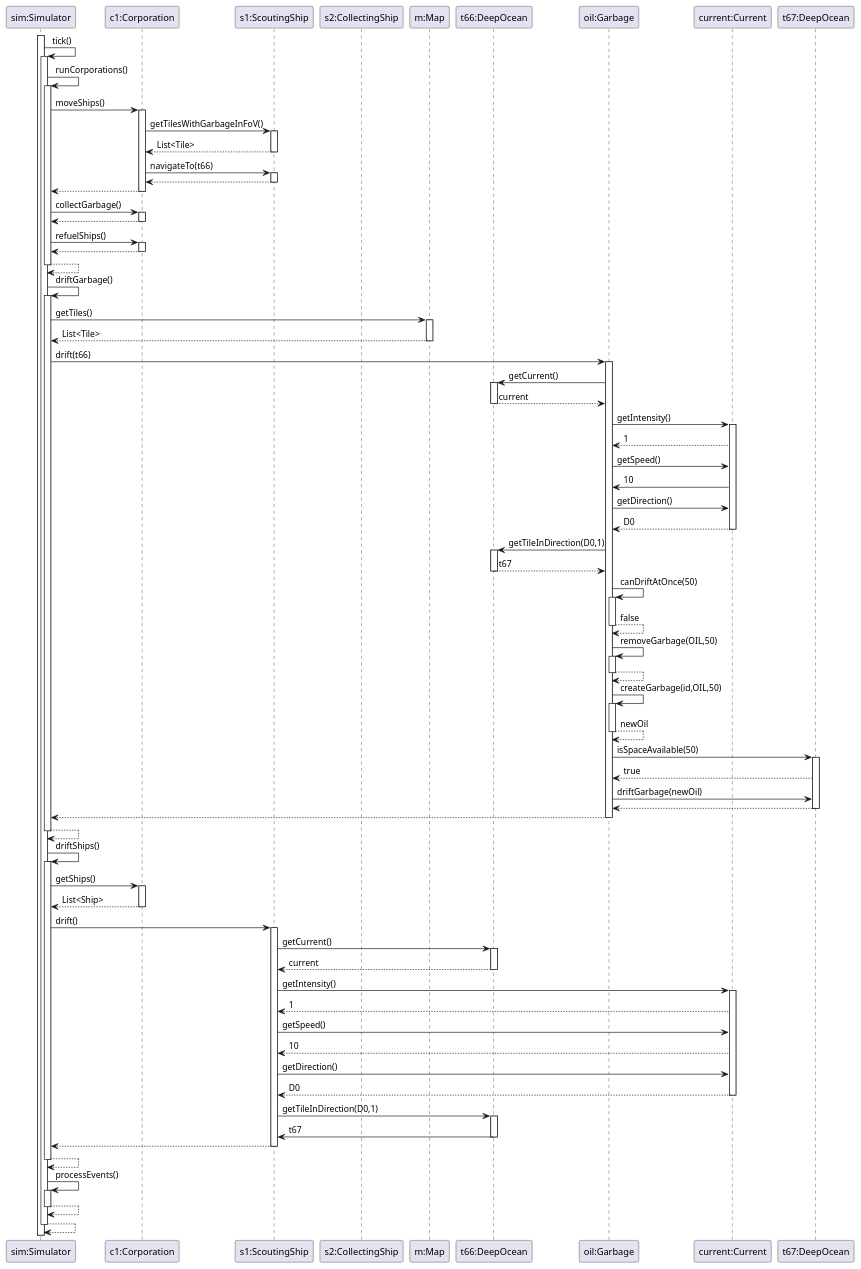
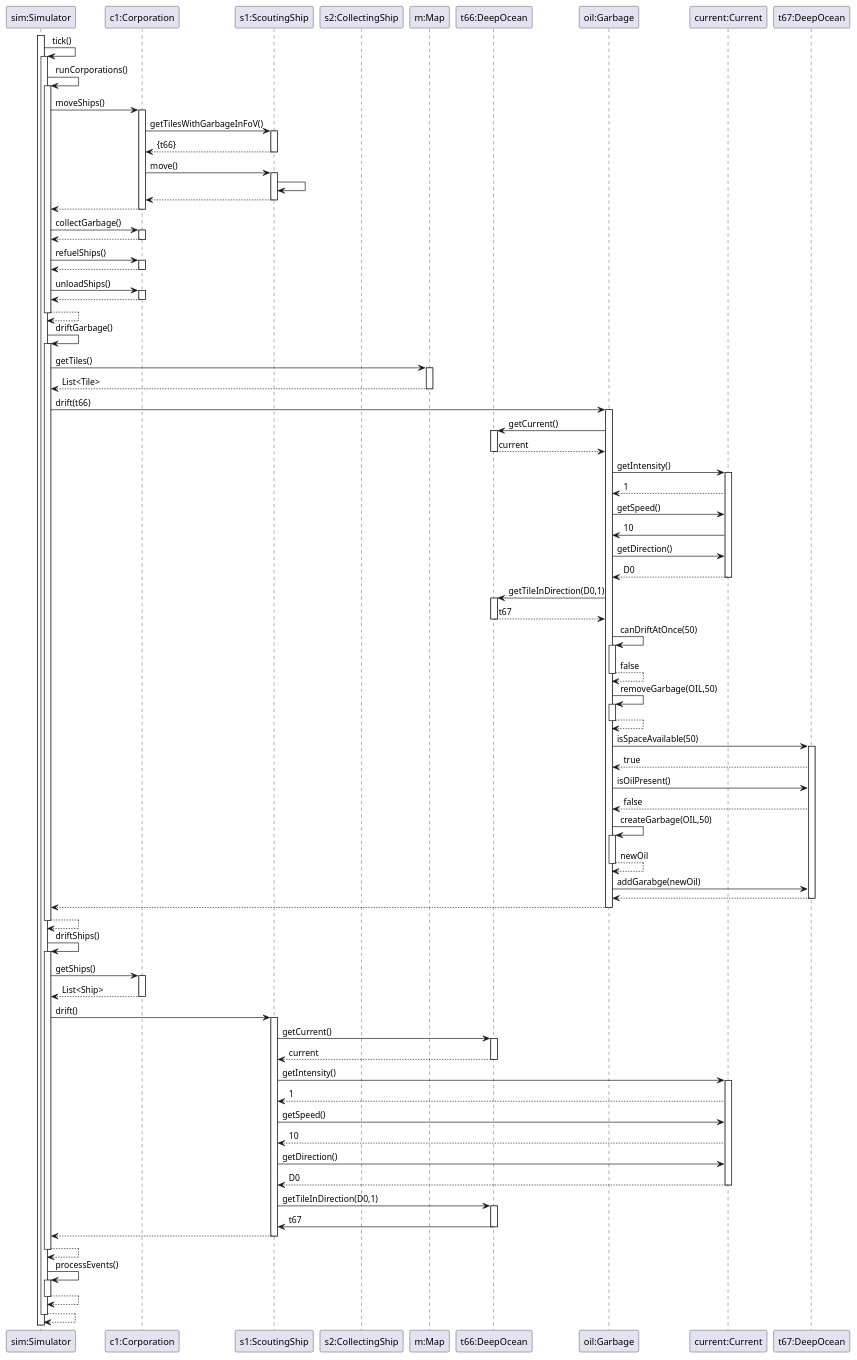
One commit to Atharvakore/Save-The-Saardines changed the diagram in SequenceTick25.puml. Above: the diagram before and after it, drawn with PlantUML.

Commit message:
changed garbage drifting

```diff
--- a/SequenceTick25.puml
+++ b/SequenceTick25.puml
@@ -26,12 +26,15 @@
 c1 -> scouting: getTilesWithGarbageInFoV()
 activate scouting
 
-scouting --> c1: List<Tile>
+scouting --> c1: {t66}
 deactivate scouting
 
 
-c1 -> scouting: navigateTo(t66)
+c1 -> scouting: move()
 activate scouting
+
+scouting -> scouting:
+
 
 scouting --> c1
 deactivate scouting
@@ -51,6 +54,13 @@
 activate c1
 c1--> s
 deactivate c1
+
+s -> c1: unloadShips()
+activate c1
+
+c1 --> s
+deactivate c1
+
 
 s --> s
 deactivate s
@@ -104,7 +114,19 @@
 oil --> oil
 deactivate oil
 
-oil -> oil: createGarbage(id,OIL,50)
+'need loop to check other tiles if space is not availabel
+oil -> t67: isSpaceAvailable(50)
+activate t67
+
+t67 --> oil: true
+
+oil -> t67 : isOilPresent()
+
+t67 --> oil: false
+
+
+
+oil -> oil: createGarbage(OIL,50)
 activate oil
 
 oil --> oil: newOil
@@ -114,15 +136,12 @@
 ' without actually computing the destination tile, we just assume it goes there and then
 ' query getIntensity() and getSpeed() which makes no sense at this point.
 
-oil -> t67: isSpaceAvailable(50)
-activate t67
-
-t67 --> oil: true
 
 
 
 
-oil -> t67: driftGarbage(newOil)
+
+oil -> t67: addGarabge(newOil)
 t67 --> oil
 deactivate t67
 
```
